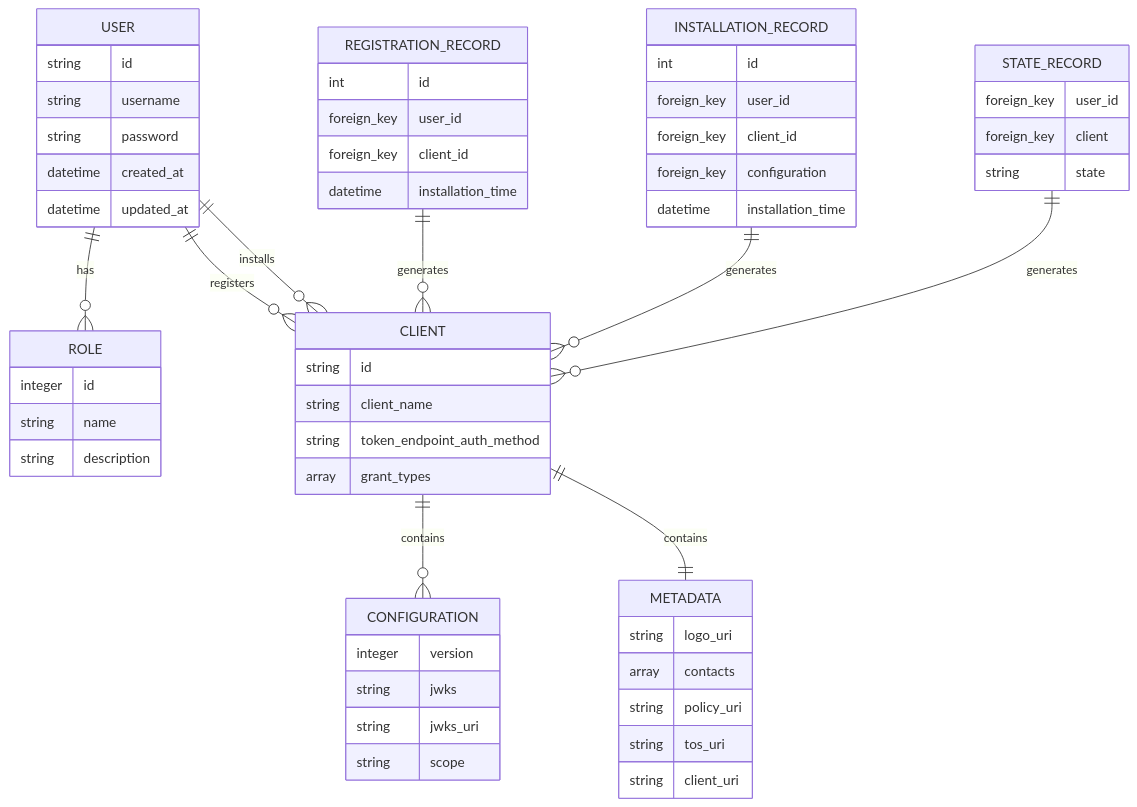
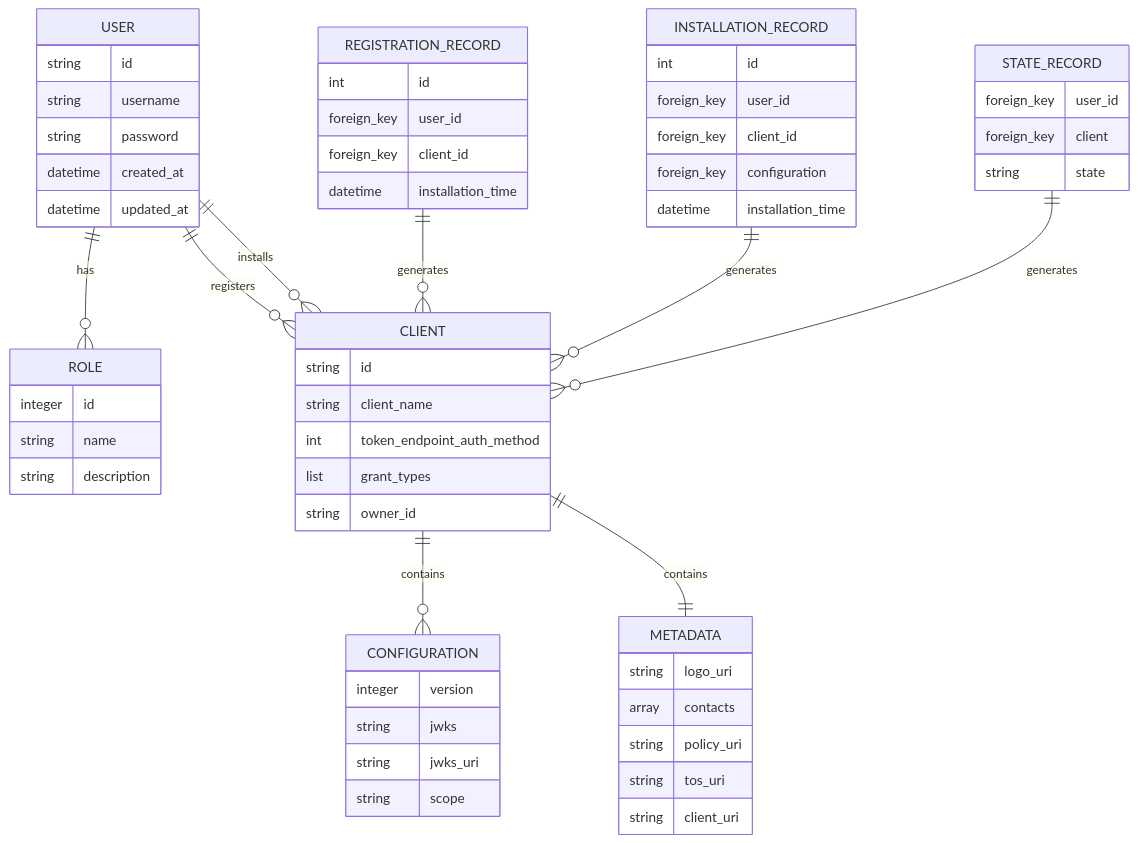
The third of 3 diagrams in README.md (errbufferoverfl/erlaubnis), drawn with Mermaid before and after one commit.

Commit message:
Update Database Schema diagram

````diff
--- a/README.md
+++ b/README.md
@@ -151,68 +151,69 @@
 ```mermaid
 erDiagram
     USER {
         string id
         string username
         string password
         datetime created_at 
         datetime updated_at
     }
     
     ROLE {
         integer id
         string name
         string description
     }
     
     CLIENT {
         string id
         string client_name
-        string token_endpoint_auth_method
-        array grant_types
+        int token_endpoint_auth_method
+        list grant_types
+        string owner_id
     }
     
     METADATA {
         string logo_uri
         array contacts
         string policy_uri
         string tos_uri
         string client_uri
     }
     
     CONFIGURATION {
         integer version
         string jwks
         string jwks_uri
         string scope
     }
     
     REGISTRATION_RECORD {
         int id
         foreign_key user_id
         foreign_key client_id
         datetime installation_time
     }
     
     INSTALLATION_RECORD {
         int id
         foreign_key user_id
         foreign_key client_id
         foreign_key configuration
         datetime installation_time
     }
     
     STATE_RECORD {
         foreign_key user_id
         foreign_key client
         string state
     }
     
     USER ||--o{ ROLE : has
     USER ||--o{ CLIENT : registers
     REGISTRATION_RECORD ||--o{ CLIENT : generates
     INSTALLATION_RECORD ||--o{ CLIENT : generates
     STATE_RECORD ||--o{ CLIENT : generates
     USER ||--o{ CLIENT : installs
     CLIENT ||--o{ CONFIGURATION : contains
     CLIENT ||--||METADATA : contains
 ```
````
